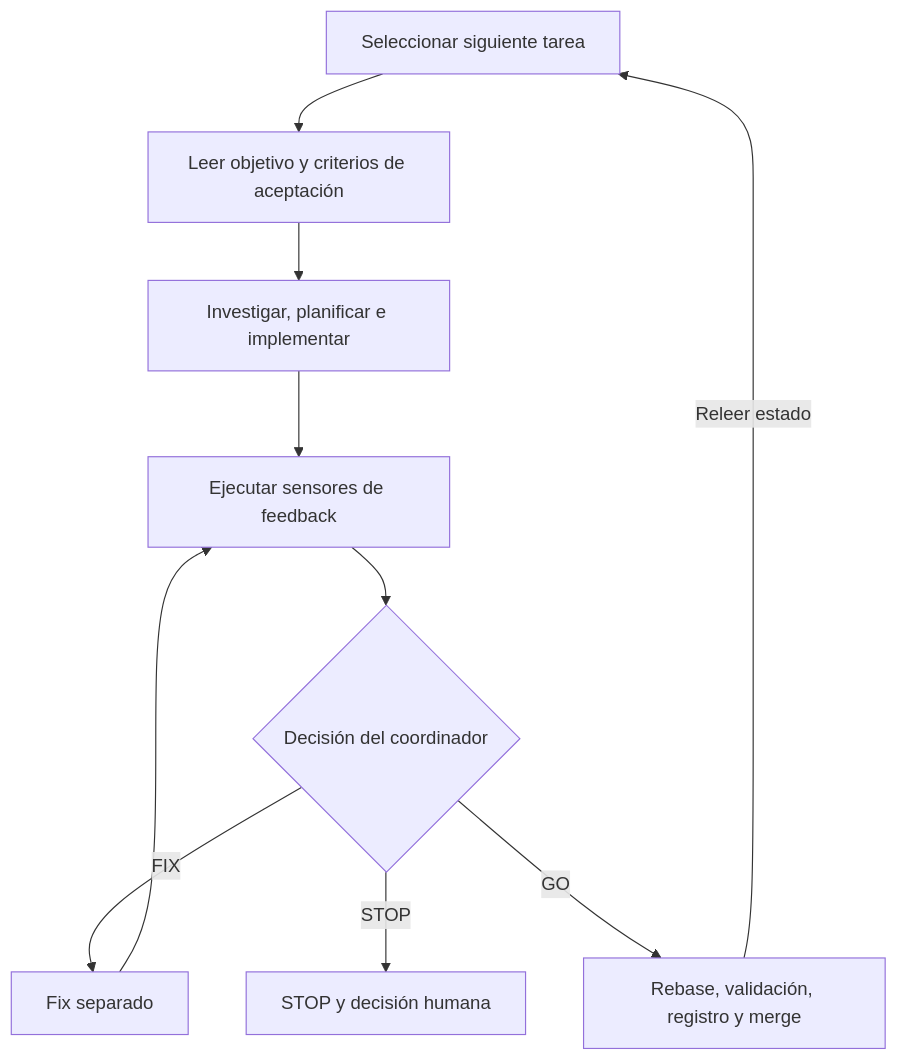
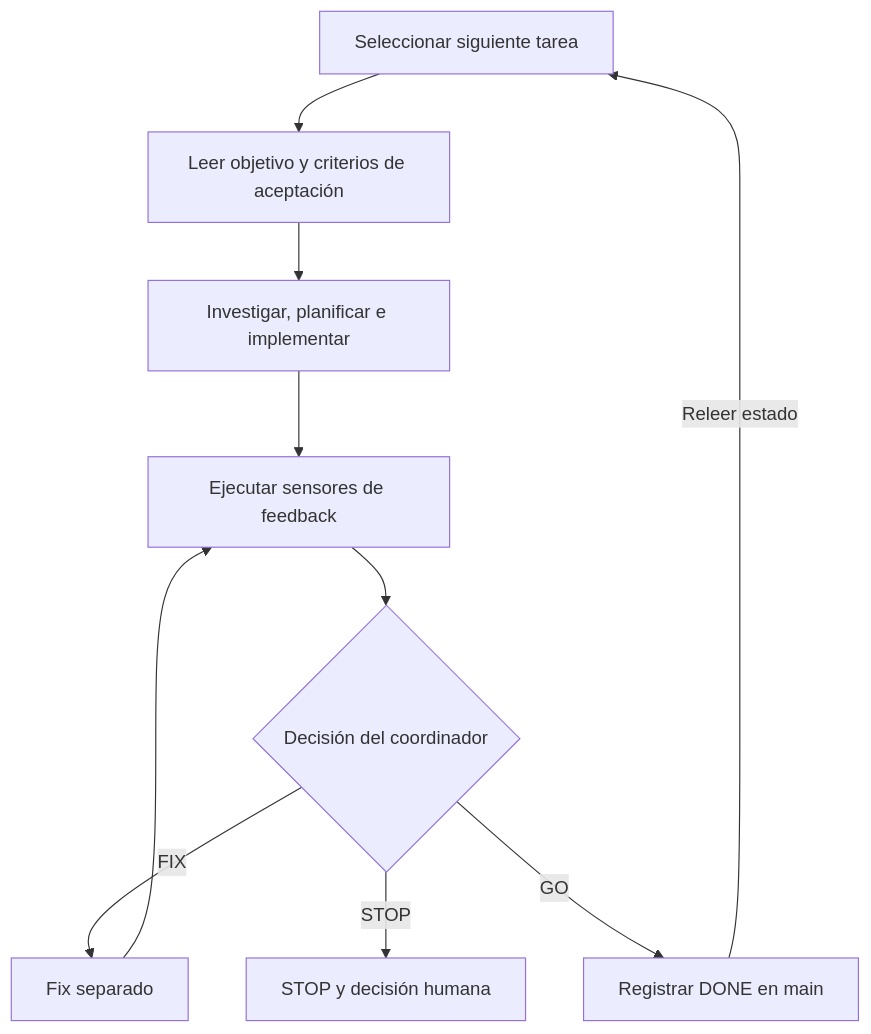
One commit to Codesai/development-with-AI changed the first of 2 diagrams in Workflows/3-dark-factory/app/docs/tea-g.md. Above: the diagram before and after it, drawn with Mermaid. The commit also changed other lines of this file and 4 other files, not shown here.

````diff
--- a/Workflows/3-dark-factory/app/docs/tea-g.md
+++ b/Workflows/3-dark-factory/app/docs/tea-g.md
@@ -12,21 +12,21 @@
 ```mermaid
 flowchart TD
     T["Seleccionar siguiente tarea"]
     G["Leer objetivo y criterios de aceptación"]
     A["Investigar, planificar e implementar"]
     F["Ejecutar sensores de feedback"]
     E{"Decisión del coordinador"}
     X["Fix separado"]
     H["STOP y decisión humana"]
-    I["Rebase, validación, registro y merge"]
+    I["Registrar DONE en main"]
 
     T --> G
     G --> A
     A --> F
     F --> E
     E -- FIX --> X
     X --> F
     E -- STOP --> H
     E -- GO --> I
     I -- Releer estado --> T
 ```
````
